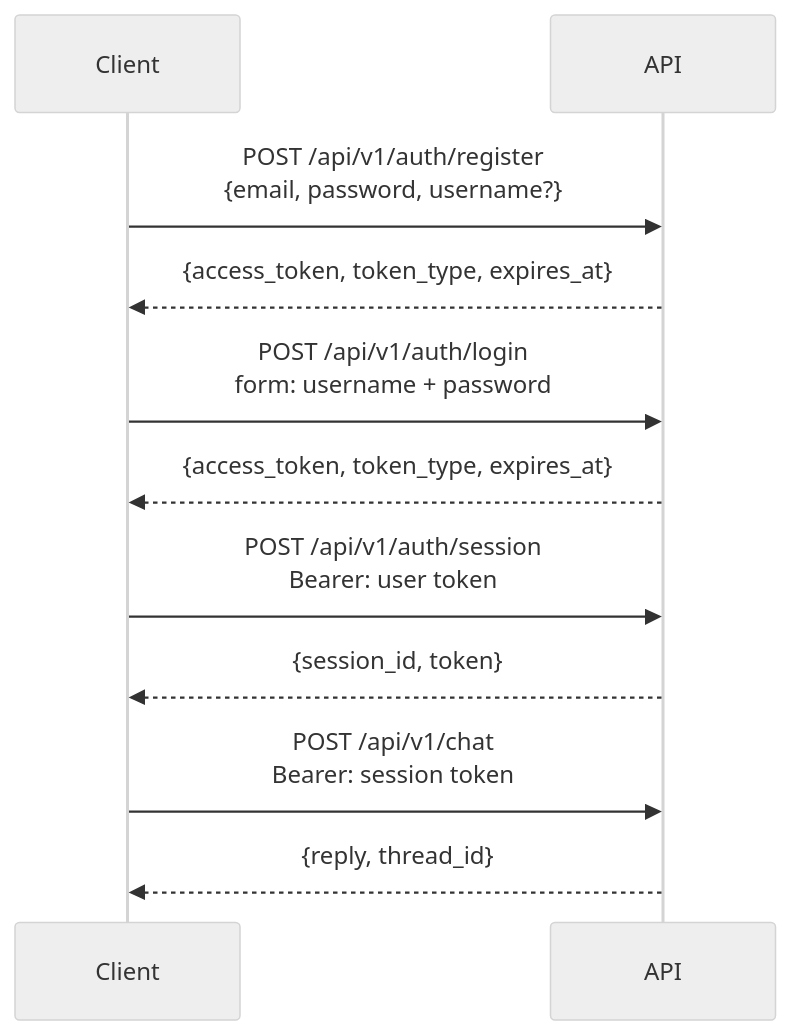
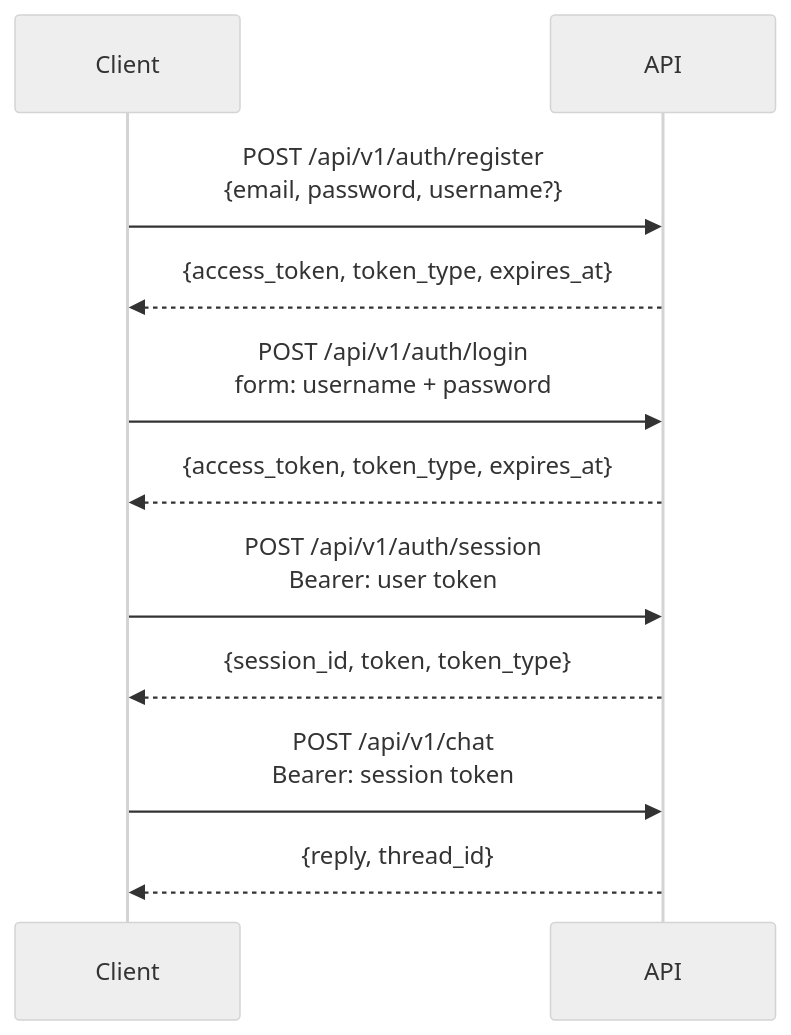
One commit to dinoesau/langgraph-template changed the diagram in docs/authentication.md. Above: the diagram before and after it, drawn with Mermaid (neutral theme). The commit also changed other lines of this file and 3 other files, not shown here.

Commit message:
fix(s4-4): arch live lines, token_type diagram, email cap doc

````diff
--- a/docs/authentication.md
+++ b/docs/authentication.md
@@ -18,17 +18,17 @@
 ```mermaid
 sequenceDiagram
     participant C as Client
     participant A as API
 
     C->>A: POST /api/v1/auth/register<br/>{email, password, username?}
     A-->>C: {access_token, token_type, expires_at}
 
     C->>A: POST /api/v1/auth/login<br/>form: username + password
     A-->>C: {access_token, token_type, expires_at}
 
     C->>A: POST /api/v1/auth/session<br/>Bearer: user token
-    A-->>C: {session_id, token}
+    A-->>C: {session_id, token, token_type}
 
     C->>A: POST /api/v1/chat<br/>Bearer: session token
     A-->>C: {reply, thread_id}
 ```
````
